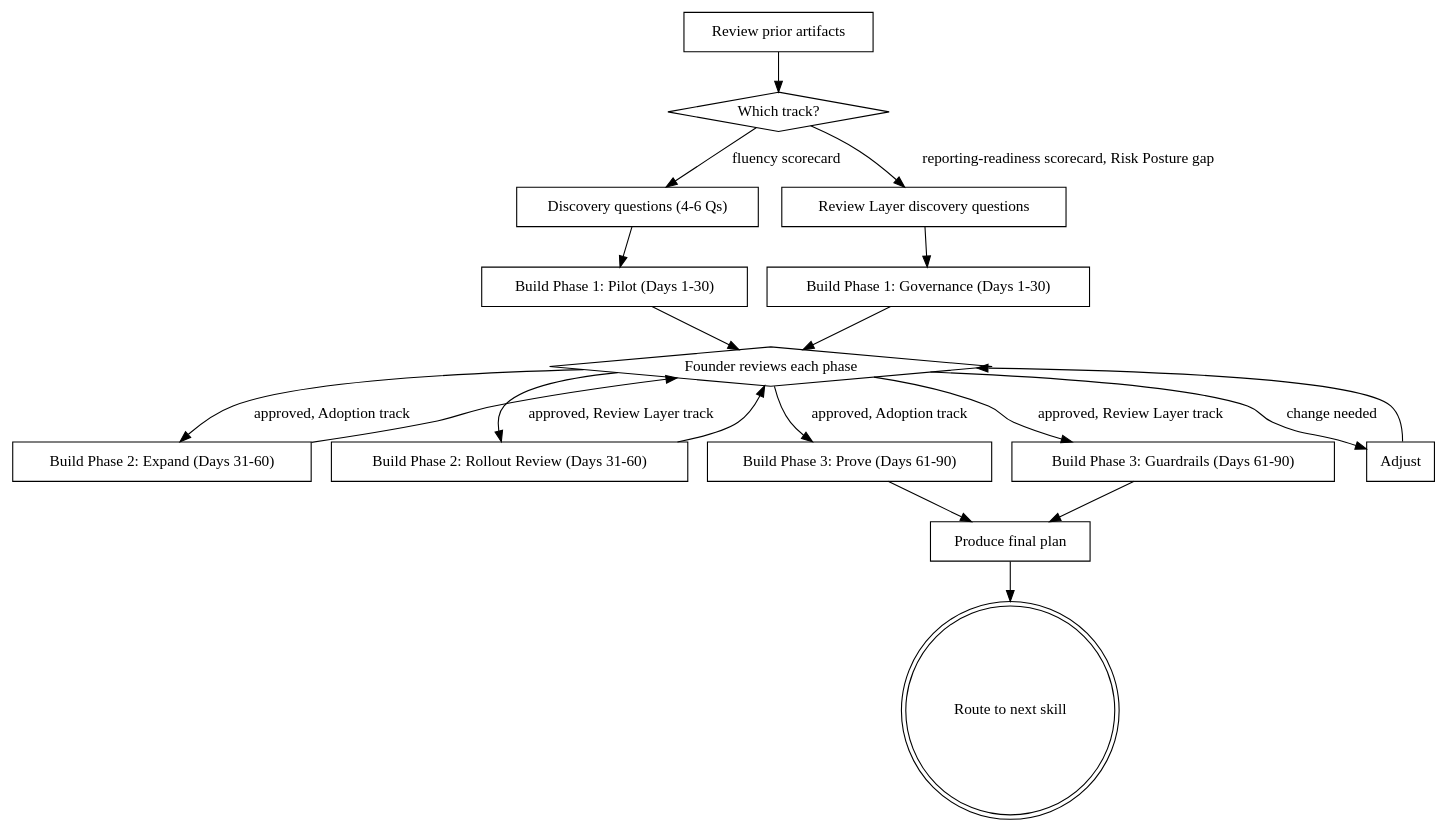
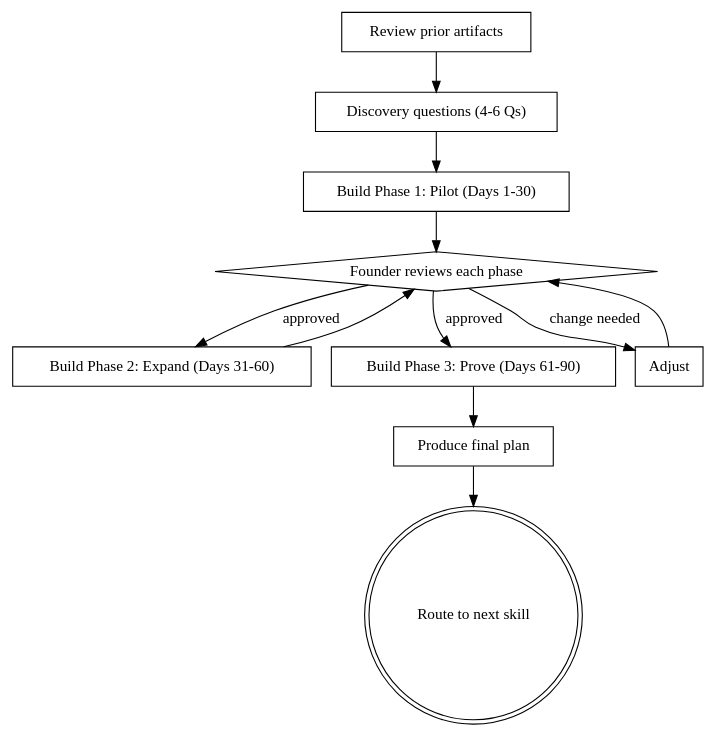
One commit to adimango/ai-adoption-playbook changed the diagram in skills/90-day-plan-builder/SKILL.md. Above: the diagram before and after it, drawn with Graphviz. The commit also changed other lines of this file, not shown here.

First line of the commit message:
Add Review Layer Track section to 90-day-plan-builder

````diff
--- a/skills/90-day-plan-builder/SKILL.md
+++ b/skills/90-day-plan-builder/SKILL.md
@@ -16,37 +16,24 @@
 ```dot
 digraph plan {
     "Review prior artifacts" [shape=box];
-    "Which track?" [shape=diamond];
     "Discovery questions (4-6 Qs)" [shape=box];
     "Build Phase 1: Pilot (Days 1-30)" [shape=box];
     "Build Phase 2: Expand (Days 31-60)" [shape=box];
     "Build Phase 3: Prove (Days 61-90)" [shape=box];
-    "Review Layer discovery questions" [shape=box];
-    "Build Phase 1: Governance (Days 1-30)" [shape=box];
-    "Build Phase 2: Rollout Review (Days 31-60)" [shape=box];
-    "Build Phase 3: Guardrails (Days 61-90)" [shape=box];
     "Founder reviews each phase" [shape=diamond];
     "Adjust" [shape=box];
     "Produce final plan" [shape=box];
     "Route to next skill" [shape=doublecircle];
 
-    "Review prior artifacts" -> "Which track?";
-    "Which track?" -> "Discovery questions (4-6 Qs)" [label="fluency scorecard"];
-    "Which track?" -> "Review Layer discovery questions" [label="reporting-readiness scorecard, Risk Posture gap"];
+    "Review prior artifacts" -> "Discovery questions (4-6 Qs)";
     "Discovery questions (4-6 Qs)" -> "Build Phase 1: Pilot (Days 1-30)";
     "Build Phase 1: Pilot (Days 1-30)" -> "Founder reviews each phase";
-    "Review Layer discovery questions" -> "Build Phase 1: Governance (Days 1-30)";
-    "Build Phase 1: Governance (Days 1-30)" -> "Founder reviews each phase";
     "Founder reviews each phase" -> "Adjust" [label="change needed"];
-    "Founder reviews each phase" -> "Build Phase 2: Expand (Days 31-60)" [label="approved, Adoption track"];
-    "Founder reviews each phase" -> "Build Phase 2: Rollout Review (Days 31-60)" [label="approved, Review Layer track"];
+    "Founder reviews each phase" -> "Build Phase 2: Expand (Days 31-60)" [label="approved"];
     "Adjust" -> "Founder reviews each phase";
     "Build Phase 2: Expand (Days 31-60)" -> "Founder reviews each phase";
-    "Build Phase 2: Rollout Review (Days 31-60)" -> "Founder reviews each phase";
-    "Founder reviews each phase" -> "Build Phase 3: Prove (Days 61-90)" [label="approved, Adoption track"];
-    "Founder reviews each phase" -> "Build Phase 3: Guardrails (Days 61-90)" [label="approved, Review Layer track"];
+    "Founder reviews each phase" -> "Build Phase 3: Prove (Days 61-90)" [label="approved"];
     "Build Phase 3: Prove (Days 61-90)" -> "Produce final plan";
-    "Build Phase 3: Guardrails (Days 61-90)" -> "Produce final plan";
     "Produce final plan" -> "Route to next skill";
 }
 ```
````
